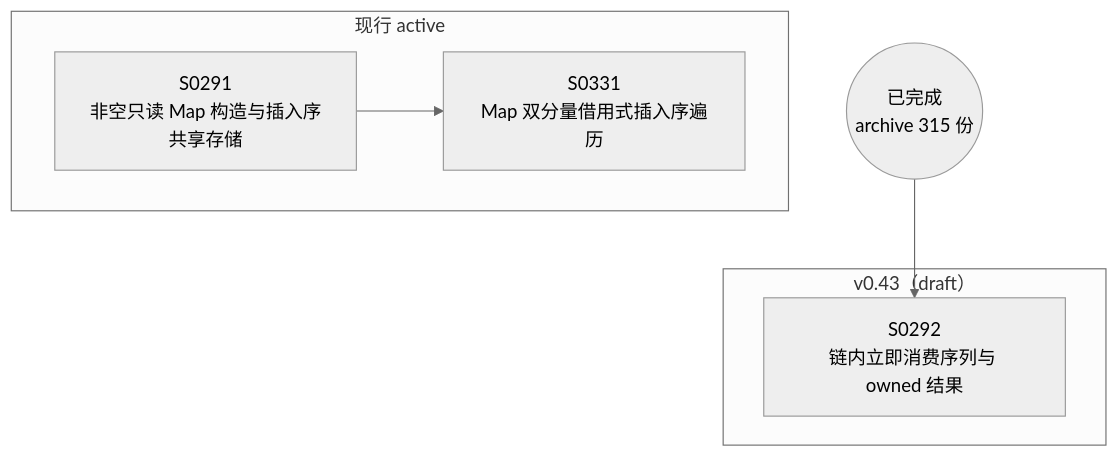
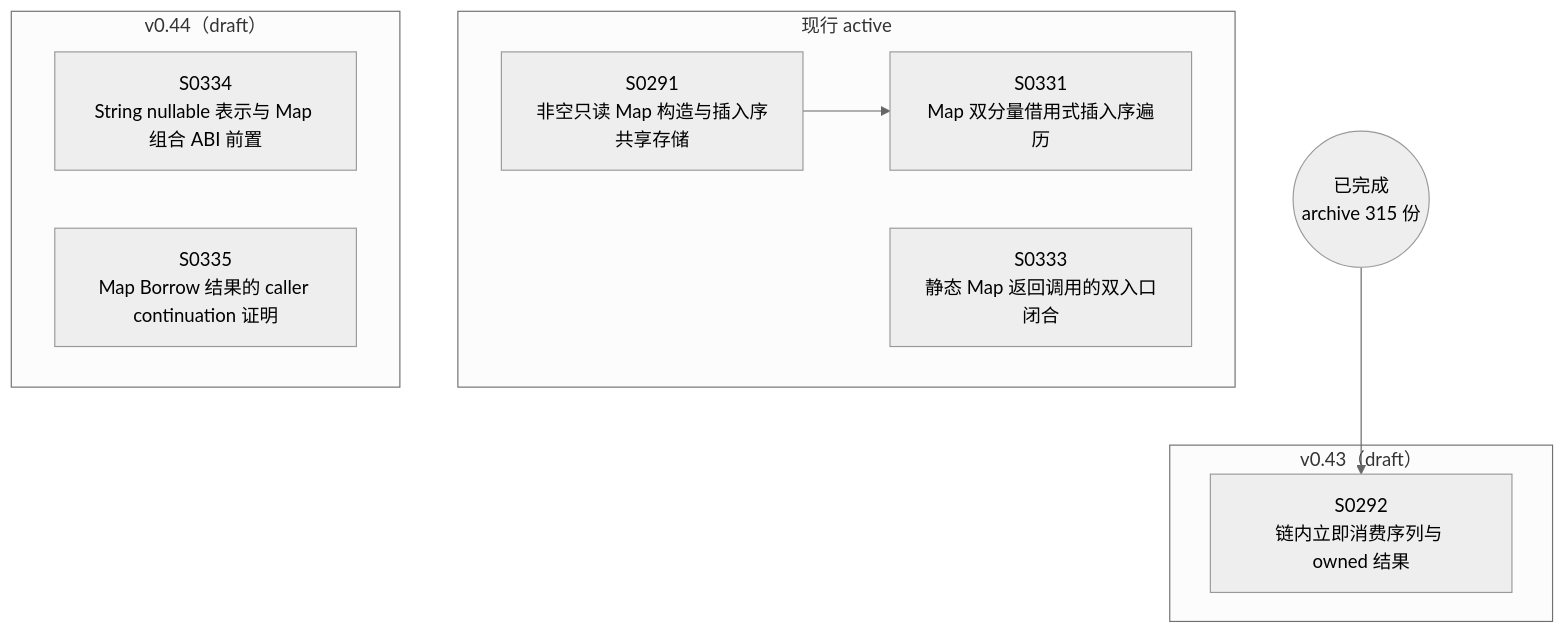
Before and after one commit to Halckon/Koven: the diagram in docs/specs/dependency-graph.md, drawn with Mermaid (neutral theme). The commit also changed other lines of this file and 24 other files, not shown here.

````diff
--- a/docs/specs/dependency-graph.md
+++ b/docs/specs/dependency-graph.md
@@ -9,13 +9,18 @@
 ```mermaid
 flowchart TD
 ARCH(("已完成<br/>archive 315 份"))
 subgraph Gactive["现行 active"]
   S0291["S0291<br/>非空只读 Map 构造与插入序共享存储"]
   S0331["S0331<br/>Map 双分量借用式插入序遍历"]
+  S0333["S0333<br/>静态 Map 返回调用的双入口闭合"]
 end
 subgraph Gdrafts_v043["v0.43（draft）"]
   S0292["S0292<br/>链内立即消费序列与 owned 结果"]
 end
+subgraph Gdrafts_v044["v0.44（draft）"]
+  S0334["S0334<br/>String nullable 表示与 Map 组合 ABI 前置"]
+  S0335["S0335<br/>Map Borrow 结果的 caller continuation 证明"]
+end
 S0291 --> S0331
 ARCH --> S0292
 ```
````
